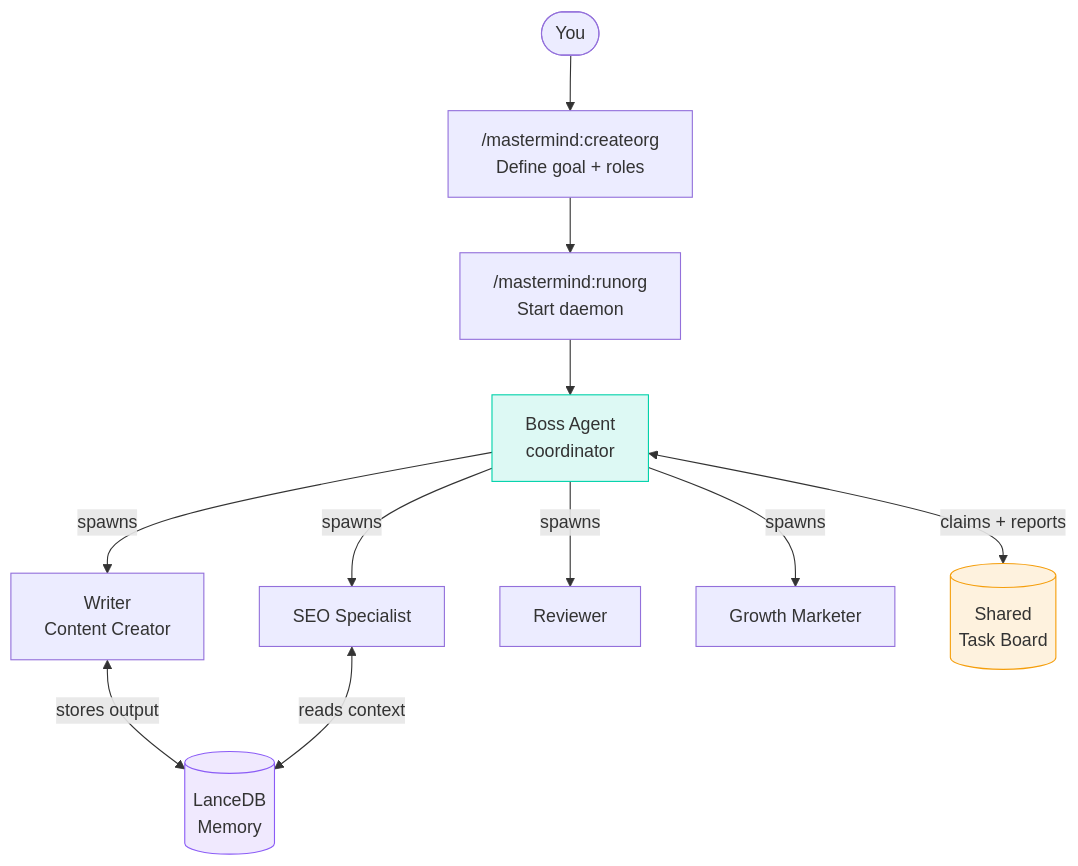
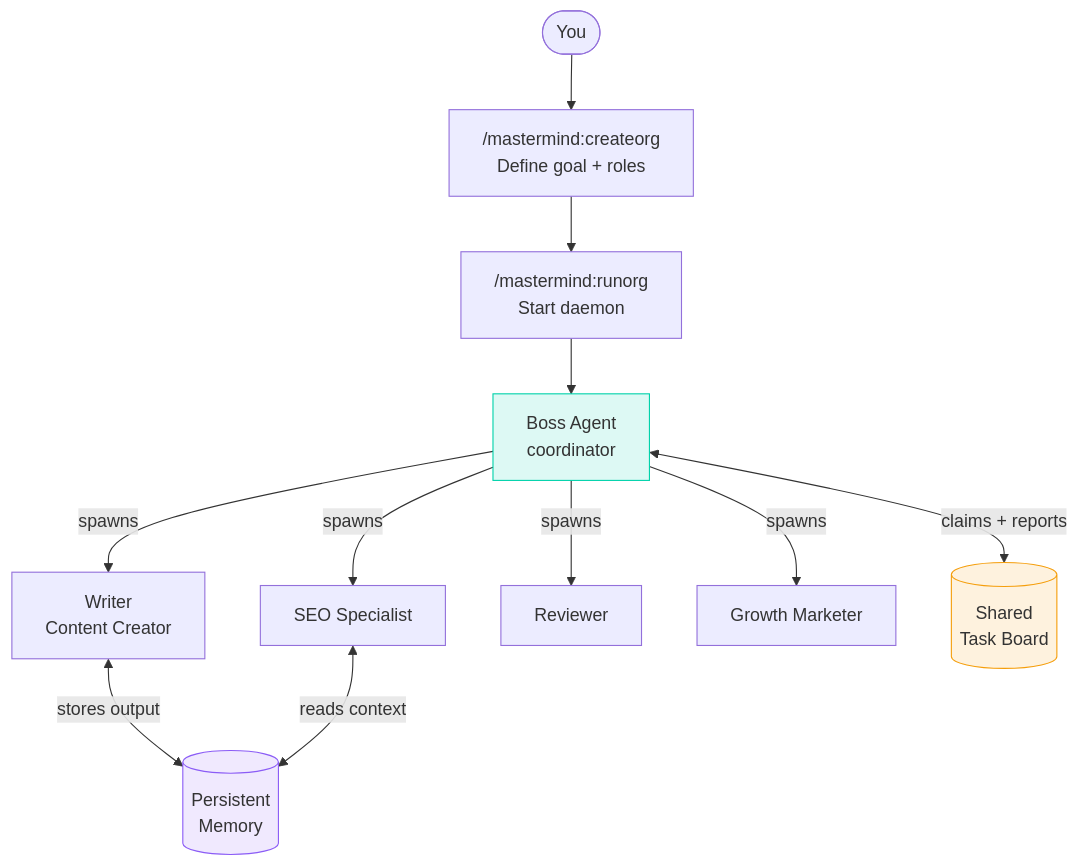
Before and after one commit to monoes/monomind: the first of 6 diagrams in README.md, drawn with Mermaid. The commit also changed other lines of this file and 26 other files, not shown here.

````diff
--- a/README.md
+++ b/README.md
@@ -58,26 +58,26 @@
 ```mermaid
 flowchart TD
     U(["You"])
     CO["/mastermind:createorg\nDefine goal + roles"]
     RO["/mastermind:runorg\nStart daemon"]
     BOSS["Boss Agent\ncoordinator"]
     W["Writer\nContent Creator"]
     S["SEO Specialist"]
     R["Reviewer"]
     M["Growth Marketer"]
     BOARD[("Shared\nTask Board")]
-    MEM[("LanceDB\nMemory")]
+    MEM[("Persistent\nMemory")]
 
     U --> CO --> RO --> BOSS
     BOSS -->|spawns| W
     BOSS -->|spawns| S
     BOSS -->|spawns| R
     BOSS -->|spawns| M
     BOSS <-->|claims + reports| BOARD
     W <-->|stores output| MEM
     S <-->|reads context| MEM
 
     style BOSS fill:#00D2AA22,stroke:#00D2AA
     style BOARD fill:#F59E0B22,stroke:#F59E0B
     style MEM fill:#8B5CF622,stroke:#8B5CF6
 ```
````
